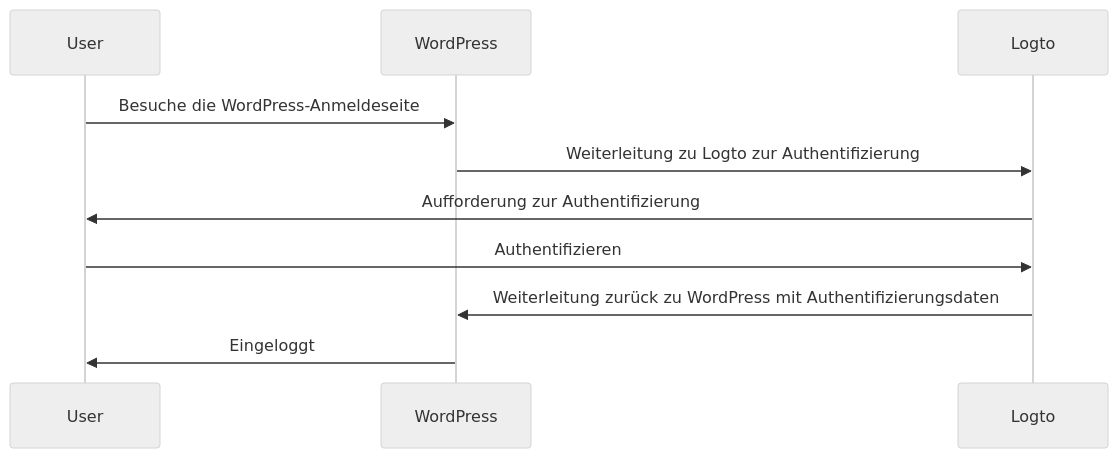
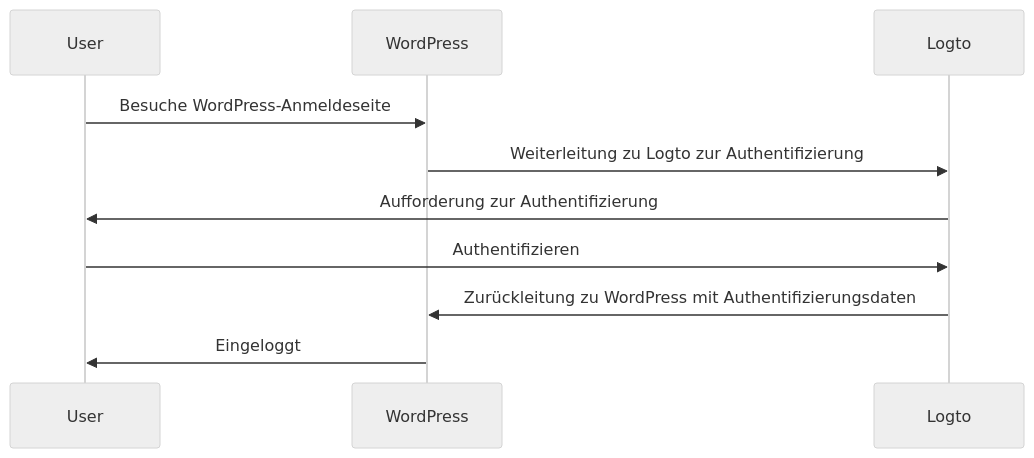
One commit to logto-io/docs changed the first of 2 diagrams in i18n/de/docusaurus-plugin-content-docs/current/quick-starts/framework/wordpress-plugin/_integration.mdx. Above: the diagram before and after it, drawn with Mermaid (neutral theme). The commit also changed other lines of this file and 407 other files, not shown here.

````diff
--- a/i18n/de/docusaurus-plugin-content-docs/current/quick-starts/framework/wordpress-plugin/_integration.mdx
+++ b/i18n/de/docusaurus-plugin-content-docs/current/quick-starts/framework/wordpress-plugin/_integration.mdx
@@ -62,13 +56,13 @@
 ```mermaid
 sequenceDiagram
     participant User
     participant WordPress
     participant Logto
 
-    User->>WordPress: Besuche die WordPress-Anmeldeseite
+    User->>WordPress: Besuche WordPress-Anmeldeseite
     WordPress->>Logto: Weiterleitung zu Logto zur Authentifizierung
     Logto->>User: Aufforderung zur Authentifizierung
     User->>Logto: Authentifizieren
-    Logto->>WordPress: Weiterleitung zurück zu WordPress mit Authentifizierungsdaten
+    Logto->>WordPress: Zurückleitung zu WordPress mit Authentifizierungsdaten
     WordPress->>User: Eingeloggt
 ```
````
